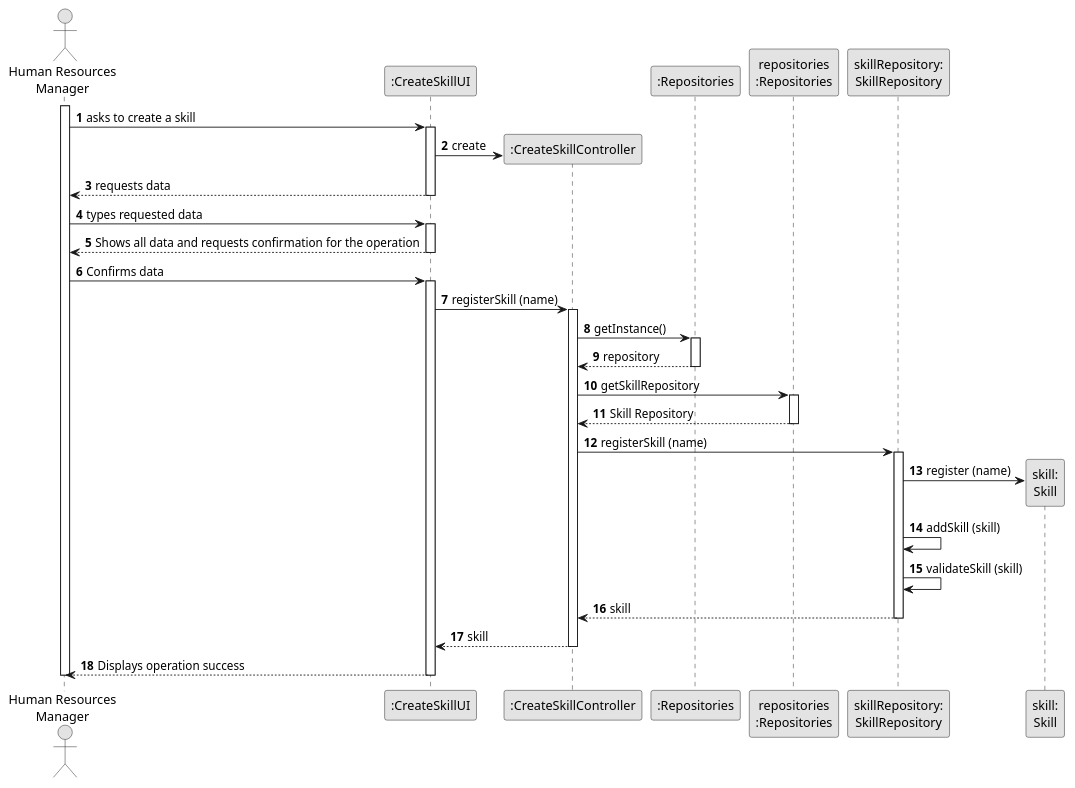
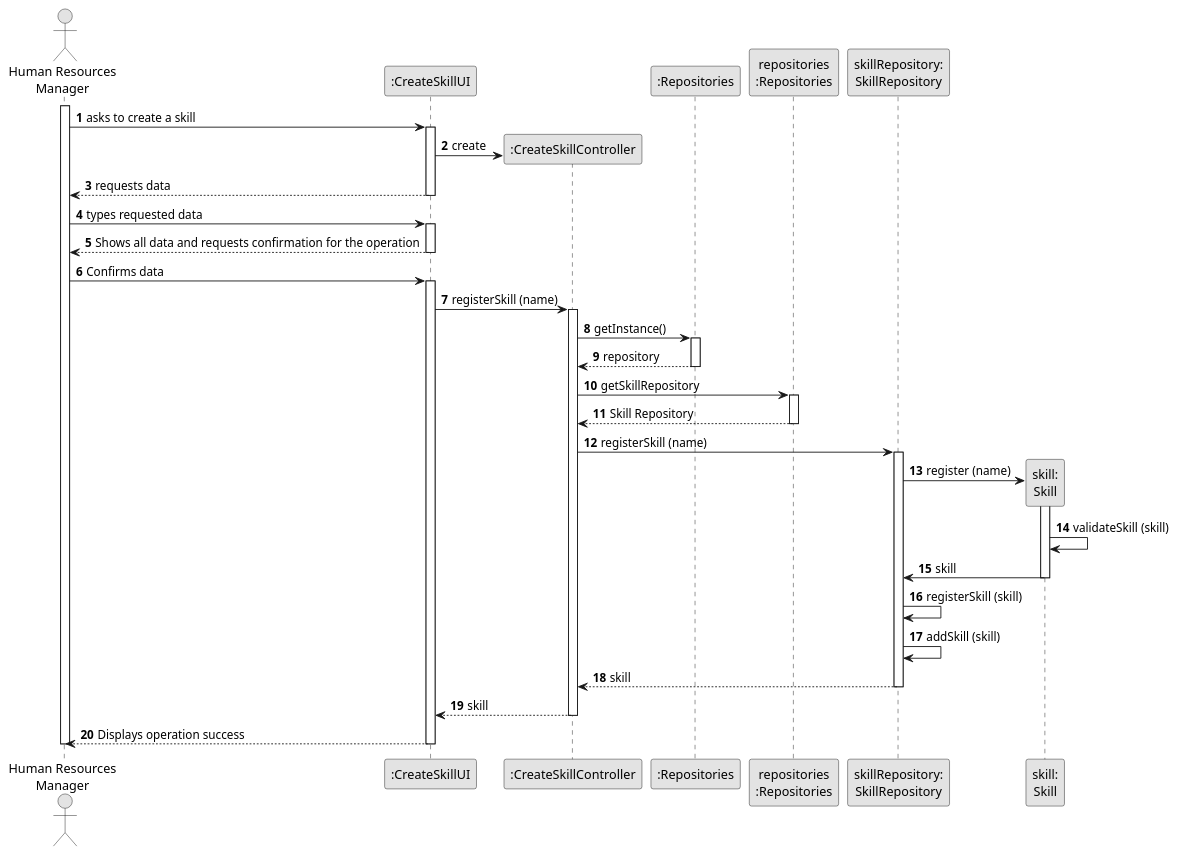
One commit to daniel41silva05/ISEP_2023_2024_LAPR2 changed the diagram in docs/sprintA&B/us001/03.design/puml/us001-sequence-diagram-full.puml. Above: the diagram before and after it, drawn with PlantUML. The commit also changed 1 other file, not shown here.

Commit message:
update US005 US01 full diagram

```diff
--- a/docs/sprintA&B/us001/03.design/puml/us001-sequence-diagram-full.puml
+++ b/docs/sprintA&B/us001/03.design/puml/us001-sequence-diagram-full.puml
@@ -1,72 +1,78 @@
 @startuml
 skinparam monochrome true
 skinparam packageStyle rectangle
 skinparam shadowing false
 
 autonumber
 
 'hide footbox
 actor "Human Resources\nManager" as HRM
 participant ":CreateSkillUI" as UI
 participant ":CreateSkillController" as CTRL
 participant ":Repositories" as REP
 participant "repositories\n:Repositories" as REPS
 participant "skillRepository:\nSkillRepository" as SkillREP
 participant "skill:\nSkill" as SKILL
 
 activate HRM
 
     HRM -> UI : asks to create a skill
     activate UI
 
         UI -> CTRL** : create
 
     UI --> HRM : requests data
     deactivate UI
 
     HRM -> UI : types requested data
     activate UI
 
     UI --> HRM:Shows all data and requests confirmation for the operation
     deactivate UI
 
     HRM -> UI :Confirms data
     activate UI
 
         UI -> CTRL : registerSkill (name)
         activate CTRL
 
             CTRL -> REP : getInstance()
             activate REP
 
             REP --> CTRL : repository
             deactivate REP
 
             CTRL -> REPS : getSkillRepository
             activate REPS
 
             REPS --> CTRL : Skill Repository
             deactivate REPS
 
             CTRL -> SkillREP : registerSkill (name)
             activate SkillREP
 
             SkillREP -> SKILL** : register (name)
+            activate SKILL
+
+                SKILL -> SKILL : validateSkill (skill)
+
+                SKILL -> SkillREP : skill
+                deactivate SKILL
+
+                SkillREP -> SkillREP : registerSkill (skill)
 
                 SkillREP -> SkillREP : addSkill (skill)
-
-                SkillREP -> SkillREP : validateSkill (skill)
 
             SkillREP --> CTRL : skill
             deactivate SkillREP
 
         CTRL --> UI : skill
         deactivate CTRL
 
     UI --> HRM :Displays operation success
     deactivate UI
 
 deactivate HRM
 
 
 @enduml
```
